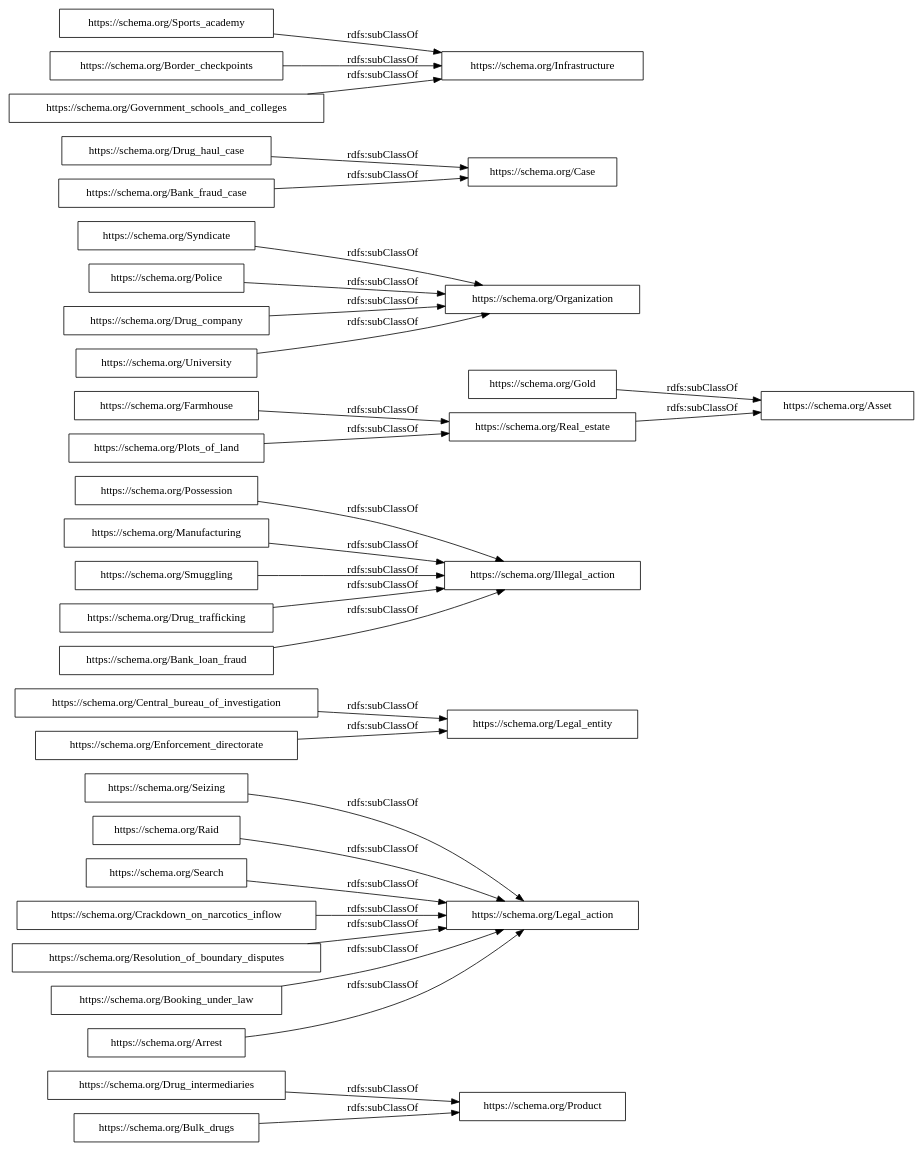
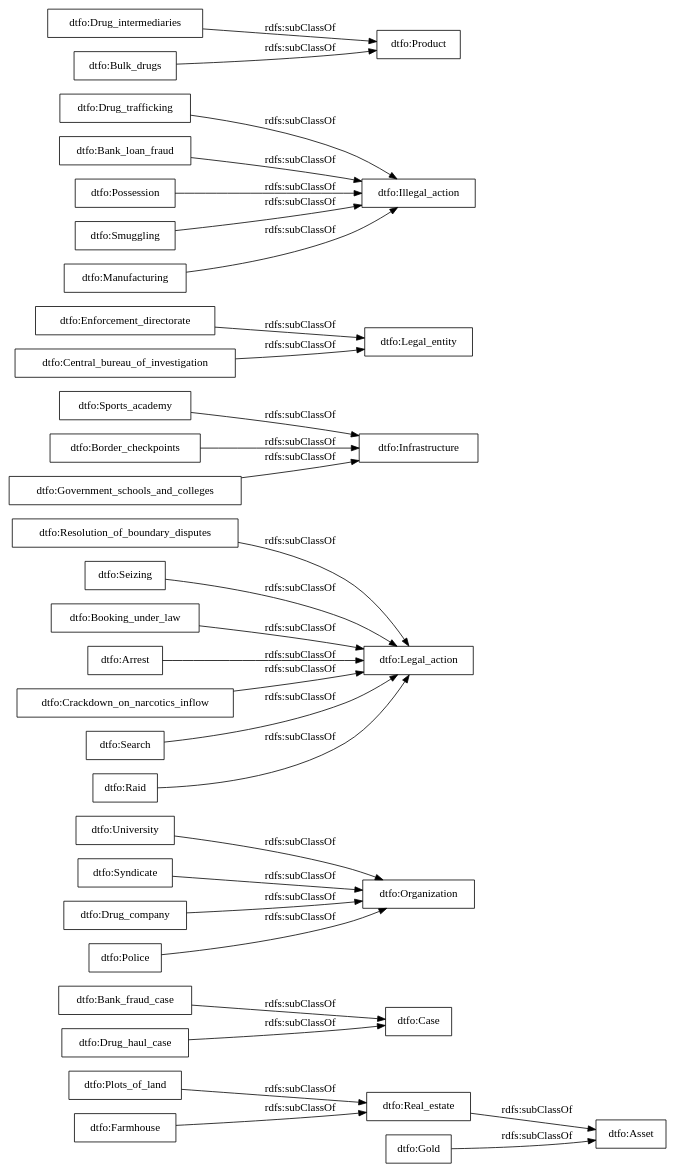
The diagram in OnToology/DTFO.ttl/diagrams/ar2dtool-taxonomy/DTFO.ttl.png.dot (nandana/Drug-Trafficking-Ontology), drawn with Graphviz before and after one commit. The commit also changed 23 other files, not shown here.

```diff
--- a/OnToology/DTFO.ttl/diagrams/ar2dtool-taxonomy/DTFO.ttl.png.dot
+++ b/OnToology/DTFO.ttl/diagrams/ar2dtool-taxonomy/DTFO.ttl.png.dot
@@ -1,35 +1,35 @@
 digraph ar2dtool_diagram { 
 rankdir=LR;
 size="1000"
-node [shape = rectangle, color="black"]; "https://schema.org/Drug_intermediaries" "https://schema.org/Bulk_drugs" "https://schema.org/Seizing" "https://schema.org/Legal_entity" "https://schema.org/Illegal_action" "https://schema.org/Possession" "https://schema.org/Gold" "https://schema.org/Farmhouse" "https://schema.org/Syndicate" "https://schema.org/Raid" "https://schema.org/Drug_haul_case" "https://schema.org/Legal_action" "https://schema.org/Police" "https://schema.org/Manufacturing" "https://schema.org/Product" "https://schema.org/Drug_company" "https://schema.org/Plots_of_land" "https://schema.org/Real_estate" "https://schema.org/University" "https://schema.org/Search" "https://schema.org/Crackdown_on_narcotics_inflow" "https://schema.org/Central_bureau_of_investigation" "https://schema.org/Smuggling" "https://schema.org/Organization" "https://schema.org/Sports_academy" "https://schema.org/Bank_fraud_case" "https://schema.org/Asset" "https://schema.org/Drug_trafficking" "https://schema.org/Resolution_of_boundary_disputes" "https://schema.org/Enforcement_directorate" "https://schema.org/Case" "https://schema.org/Border_checkpoints" "https://schema.org/Booking_under_law" "https://schema.org/Arrest" "https://schema.org/Infrastructure" "https://schema.org/Bank_loan_fraud" "https://schema.org/Government_schools_and_colleges" ; /*classes style*/
-	"https://schema.org/Plots_of_land" -> "https://schema.org/Real_estate" [ label = "rdfs:subClassOf" ];
-	"https://schema.org/Sports_academy" -> "https://schema.org/Infrastructure" [ label = "rdfs:subClassOf" ];
-	"https://schema.org/Smuggling" -> "https://schema.org/Illegal_action" [ label = "rdfs:subClassOf" ];
-	"https://schema.org/Drug_trafficking" -> "https://schema.org/Illegal_action" [ label = "rdfs:subClassOf" ];
-	"https://schema.org/Seizing" -> "https://schema.org/Legal_action" [ label = "rdfs:subClassOf" ];
-	"https://schema.org/Bank_loan_fraud" -> "https://schema.org/Illegal_action" [ label = "rdfs:subClassOf" ];
-	"https://schema.org/Crackdown_on_narcotics_inflow" -> "https://schema.org/Legal_action" [ label = "rdfs:subClassOf" ];
-	"https://schema.org/Government_schools_and_colleges" -> "https://schema.org/Infrastructure" [ label = "rdfs:subClassOf" ];
-	"https://schema.org/Booking_under_law" -> "https://schema.org/Legal_action" [ label = "rdfs:subClassOf" ];
-	"https://schema.org/University" -> "https://schema.org/Organization" [ label = "rdfs:subClassOf" ];
-	"https://schema.org/Drug_company" -> "https://schema.org/Organization" [ label = "rdfs:subClassOf" ];
-	"https://schema.org/Border_checkpoints" -> "https://schema.org/Infrastructure" [ label = "rdfs:subClassOf" ];
-	"https://schema.org/Syndicate" -> "https://schema.org/Organization" [ label = "rdfs:subClassOf" ];
-	"https://schema.org/Police" -> "https://schema.org/Organization" [ label = "rdfs:subClassOf" ];
-	"https://schema.org/Drug_haul_case" -> "https://schema.org/Case" [ label = "rdfs:subClassOf" ];
-	"https://schema.org/Manufacturing" -> "https://schema.org/Illegal_action" [ label = "rdfs:subClassOf" ];
-	"https://schema.org/Possession" -> "https://schema.org/Illegal_action" [ label = "rdfs:subClassOf" ];
-	"https://schema.org/Resolution_of_boundary_disputes" -> "https://schema.org/Legal_action" [ label = "rdfs:subClassOf" ];
-	"https://schema.org/Raid" -> "https://schema.org/Legal_action" [ label = "rdfs:subClassOf" ];
-	"https://schema.org/Bulk_drugs" -> "https://schema.org/Product" [ label = "rdfs:subClassOf" ];
-	"https://schema.org/Real_estate" -> "https://schema.org/Asset" [ label = "rdfs:subClassOf" ];
-	"https://schema.org/Enforcement_directorate" -> "https://schema.org/Legal_entity" [ label = "rdfs:subClassOf" ];
-	"https://schema.org/Search" -> "https://schema.org/Legal_action" [ label = "rdfs:subClassOf" ];
-	"https://schema.org/Farmhouse" -> "https://schema.org/Real_estate" [ label = "rdfs:subClassOf" ];
-	"https://schema.org/Central_bureau_of_investigation" -> "https://schema.org/Legal_entity" [ label = "rdfs:subClassOf" ];
-	"https://schema.org/Arrest" -> "https://schema.org/Legal_action" [ label = "rdfs:subClassOf" ];
-	"https://schema.org/Gold" -> "https://schema.org/Asset" [ label = "rdfs:subClassOf" ];
-	"https://schema.org/Bank_fraud_case" -> "https://schema.org/Case" [ label = "rdfs:subClassOf" ];
-	"https://schema.org/Drug_intermediaries" -> "https://schema.org/Product" [ label = "rdfs:subClassOf" ];
+node [shape = rectangle, color="black"]; "dtfo:Asset" "dtfo:Bank_fraud_case" "dtfo:Case" "dtfo:Organization" "dtfo:Real_estate" "dtfo:Resolution_of_boundary_disputes" "dtfo:Sports_academy" "dtfo:Plots_of_land" "dtfo:Infrastructure" "dtfo:Gold" "dtfo:University" "dtfo:Enforcement_directorate" "dtfo:Farmhouse" "dtfo:Drug_trafficking" "dtfo:Bank_loan_fraud" "dtfo:Possession" "dtfo:Central_bureau_of_investigation" "dtfo:Seizing" "dtfo:Syndicate" "dtfo:Booking_under_law" "dtfo:Arrest" "dtfo:Legal_entity" "dtfo:Smuggling" "dtfo:Drug_haul_case" "dtfo:Legal_action" "dtfo:Drug_company" "dtfo:Drug_intermediaries" "dtfo:Bulk_drugs" "dtfo:Border_checkpoints" "dtfo:Illegal_action" "dtfo:Crackdown_on_narcotics_inflow" "dtfo:Government_schools_and_colleges" "dtfo:Product" "dtfo:Search" "dtfo:Manufacturing" "dtfo:Raid" "dtfo:Police" ; /*classes style*/
+	"dtfo:Syndicate" -> "dtfo:Organization" [ label = "rdfs:subClassOf" ];
+	"dtfo:Bank_loan_fraud" -> "dtfo:Illegal_action" [ label = "rdfs:subClassOf" ];
+	"dtfo:Gold" -> "dtfo:Asset" [ label = "rdfs:subClassOf" ];
+	"dtfo:Enforcement_directorate" -> "dtfo:Legal_entity" [ label = "rdfs:subClassOf" ];
+	"dtfo:Police" -> "dtfo:Organization" [ label = "rdfs:subClassOf" ];
+	"dtfo:Possession" -> "dtfo:Illegal_action" [ label = "rdfs:subClassOf" ];
+	"dtfo:Drug_intermediaries" -> "dtfo:Product" [ label = "rdfs:subClassOf" ];
+	"dtfo:Drug_haul_case" -> "dtfo:Case" [ label = "rdfs:subClassOf" ];
+	"dtfo:Resolution_of_boundary_disputes" -> "dtfo:Legal_action" [ label = "rdfs:subClassOf" ];
+	"dtfo:Farmhouse" -> "dtfo:Real_estate" [ label = "rdfs:subClassOf" ];
+	"dtfo:Search" -> "dtfo:Legal_action" [ label = "rdfs:subClassOf" ];
+	"dtfo:Crackdown_on_narcotics_inflow" -> "dtfo:Legal_action" [ label = "rdfs:subClassOf" ];
+	"dtfo:Central_bureau_of_investigation" -> "dtfo:Legal_entity" [ label = "rdfs:subClassOf" ];
+	"dtfo:Manufacturing" -> "dtfo:Illegal_action" [ label = "rdfs:subClassOf" ];
+	"dtfo:Arrest" -> "dtfo:Legal_action" [ label = "rdfs:subClassOf" ];
+	"dtfo:Border_checkpoints" -> "dtfo:Infrastructure" [ label = "rdfs:subClassOf" ];
+	"dtfo:Smuggling" -> "dtfo:Illegal_action" [ label = "rdfs:subClassOf" ];
+	"dtfo:Bank_fraud_case" -> "dtfo:Case" [ label = "rdfs:subClassOf" ];
+	"dtfo:Booking_under_law" -> "dtfo:Legal_action" [ label = "rdfs:subClassOf" ];
+	"dtfo:Real_estate" -> "dtfo:Asset" [ label = "rdfs:subClassOf" ];
+	"dtfo:Sports_academy" -> "dtfo:Infrastructure" [ label = "rdfs:subClassOf" ];
+	"dtfo:Seizing" -> "dtfo:Legal_action" [ label = "rdfs:subClassOf" ];
+	"dtfo:Drug_company" -> "dtfo:Organization" [ label = "rdfs:subClassOf" ];
+	"dtfo:Raid" -> "dtfo:Legal_action" [ label = "rdfs:subClassOf" ];
+	"dtfo:Plots_of_land" -> "dtfo:Real_estate" [ label = "rdfs:subClassOf" ];
+	"dtfo:Government_schools_and_colleges" -> "dtfo:Infrastructure" [ label = "rdfs:subClassOf" ];
+	"dtfo:Bulk_drugs" -> "dtfo:Product" [ label = "rdfs:subClassOf" ];
+	"dtfo:Drug_trafficking" -> "dtfo:Illegal_action" [ label = "rdfs:subClassOf" ];
+	"dtfo:University" -> "dtfo:Organization" [ label = "rdfs:subClassOf" ];
 
 }
```
